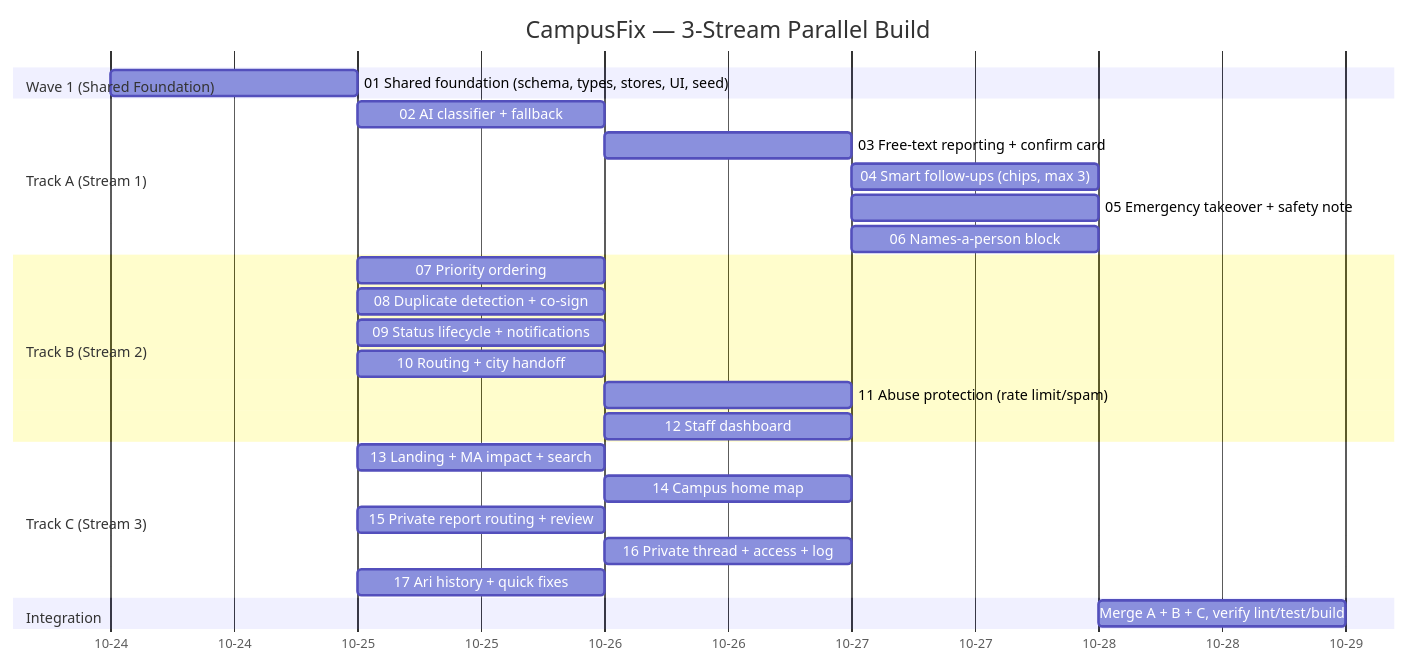
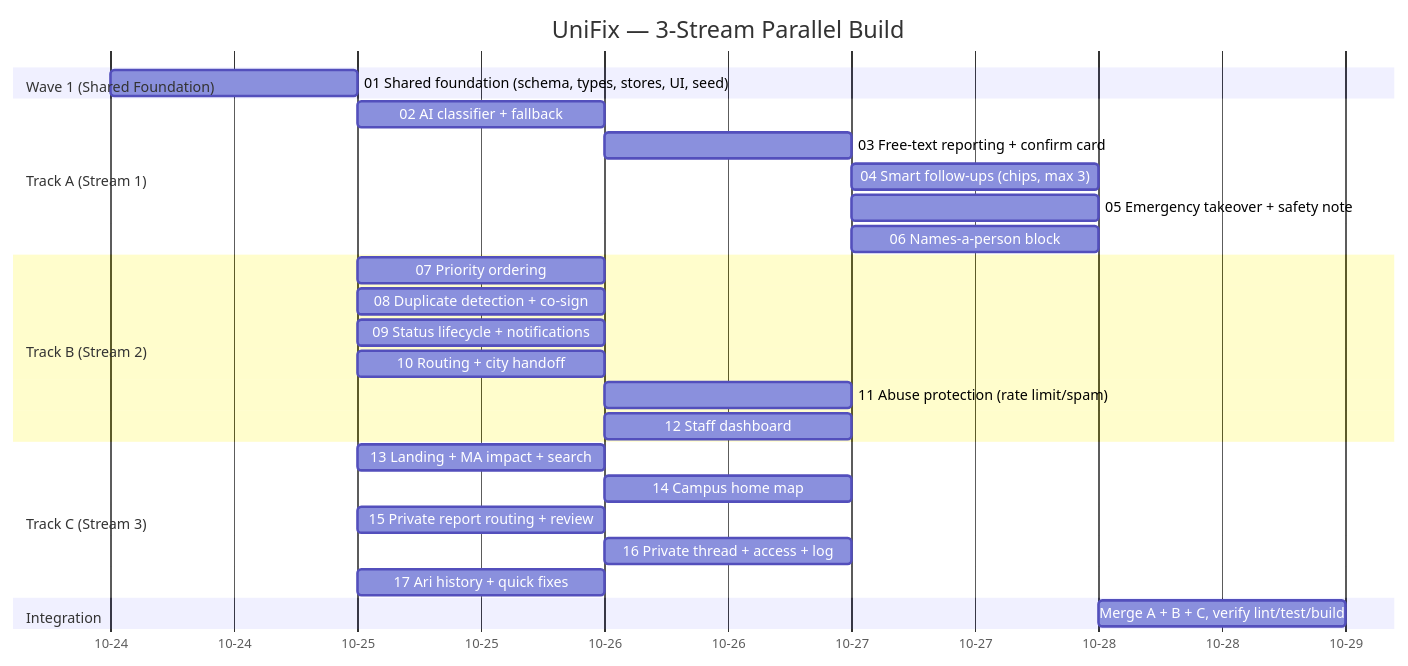
Before and after one commit to sewstie/hackathon: the diagram in issues/00-gantt-roadmap.md, drawn with Mermaid. The commit also changed other lines of this file and 29 other files, not shown here.

Commit message:
refactor: rename CampusFix to UniFix across source, docs, and config

````diff
--- a/issues/00-gantt-roadmap.md
+++ b/issues/00-gantt-roadmap.md
@@ -7,34 +7,34 @@
 ```mermaid
 gantt
-    title CampusFix — 3-Stream Parallel Build
+    title UniFix — 3-Stream Parallel Build
     dateFormat YYYY-MM-DD
     axisFormat %m-%d
 
     section Wave 1 (Shared Foundation)
     01 Shared foundation (schema, types, stores, UI, seed) :done_shared, 2026-10-24, 1d
 
     section Track A (Stream 1)
     02 AI classifier + fallback            :a2, after done_shared, 1d
     03 Free-text reporting + confirm card  :a3, after a2, 1d
     04 Smart follow-ups (chips, max 3)     :a4, after a3, 1d
     05 Emergency takeover + safety note    :a5, after a3, 1d
     06 Names-a-person block                :a6, after a3, 1d
 
     section Track B (Stream 2)
     07 Priority ordering                   :b7, after done_shared, 1d
     08 Duplicate detection + co-sign       :b8, after done_shared, 1d
     09 Status lifecycle + notifications     :b9, after done_shared, 1d
     10 Routing + city handoff              :b10, after done_shared, 1d
     11 Abuse protection (rate limit/spam)  :b11, after b8, 1d
     12 Staff dashboard                     :b12, after b7, 1d
 
     section Track C (Stream 3)
     13 Landing + MA impact + search        :c13, after done_shared, 1d
     14 Campus home map                     :c14, after c13, 1d
     15 Private report routing + review     :c15, after done_shared, 1d
     16 Private thread + access + log       :c16, after c15, 1d
     17 Ari history + quick fixes           :c17, after done_shared, 1d
 
     section Integration
     Merge A + B + C, verify lint/test/build :integ, after a4, 1d
 ```
````
